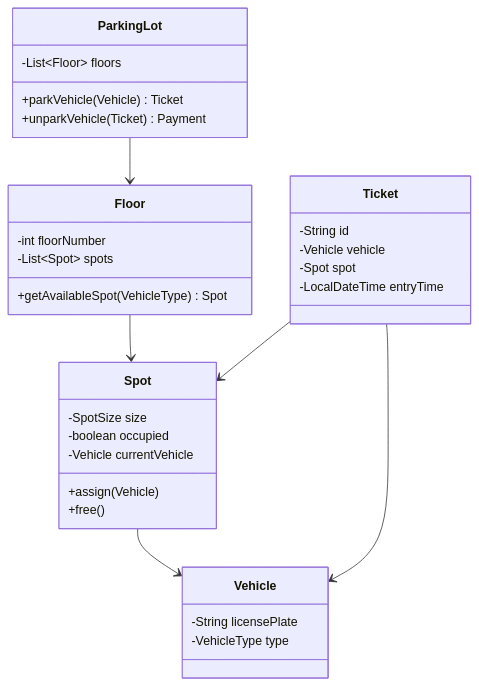
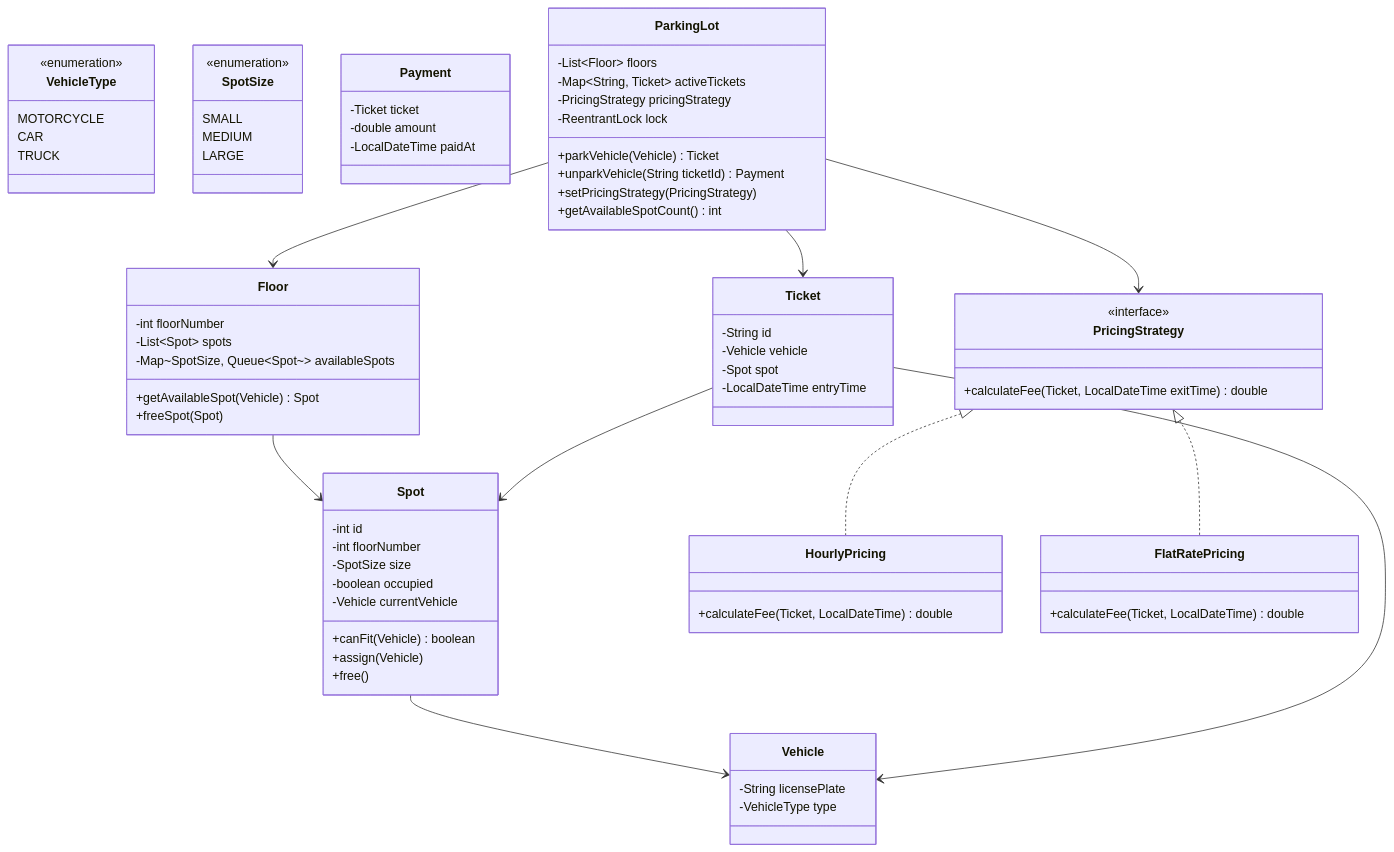
One commit to iluzn/HLD-Designs changed the first of 3 diagrams in content/lld/ParkingLot.md. Above: the diagram before and after it, drawn with Mermaid. The commit also changed other lines of this file, not shown here.

Commit message:
Parking Lot LLD: complete rewrite with full runnable code, Builder, pricing strategies, concurrency

````diff
--- a/content/lld/ParkingLot.md
+++ b/content/lld/ParkingLot.md
@@ -68,28 +51,41 @@
 ```mermaid
 classDiagram
-    class ParkingLot {
-        -List~Floor~ floors
-        +parkVehicle(Vehicle) Ticket
-        +unparkVehicle(Ticket) Payment
+    class VehicleType {
+        <<enumeration>>
+        MOTORCYCLE
+        CAR
+        TRUCK
+    }
+
+    class SpotSize {
+        <<enumeration>>
+        SMALL
+        MEDIUM
+        LARGE
+    }
+
+    class Vehicle {
+        -String licensePlate
+        -VehicleType type
+    }
+
+    class Spot {
+        -int id
+        -int floorNumber
+        -SpotSize size
+        -boolean occupied
+        -Vehicle currentVehicle
+        +canFit(Vehicle) boolean
+        +assign(Vehicle)
+        +free()
     }
 
     class Floor {
         -int floorNumber
         -List~Spot~ spots
-        +getAvailableSpot(VehicleType) Spot
-    }
-
-    class Spot {
-        -SpotSize size
-        -boolean occupied
-        -Vehicle currentVehicle
-        +assign(Vehicle)
-        +free()
-    }
-
-    class Vehicle {
-        -String licensePlate
-        -VehicleType type
+        -Map~SpotSize, Queue~Spot~~ availableSpots
+        +getAvailableSpot(Vehicle) Spot
+        +freeSpot(Spot)
     }
 
     class Ticket {
@@ -99,9 +95,43 @@
         -LocalDateTime entryTime
     }
 
+    class PricingStrategy {
+        <<interface>>
+        +calculateFee(Ticket, LocalDateTime exitTime) double
+    }
+
+    class HourlyPricing {
+        +calculateFee(Ticket, LocalDateTime) double
+    }
+
+    class FlatRatePricing {
+        +calculateFee(Ticket, LocalDateTime) double
+    }
+
+    class Payment {
+        -Ticket ticket
+        -double amount
+        -LocalDateTime paidAt
+    }
+
+    class ParkingLot {
+        -List~Floor~ floors
+        -Map~String, Ticket~ activeTickets
+        -PricingStrategy pricingStrategy
+        -ReentrantLock lock
+        +parkVehicle(Vehicle) Ticket
+        +unparkVehicle(String ticketId) Payment
+        +setPricingStrategy(PricingStrategy)
+        +getAvailableSpotCount() int
+    }
+
     ParkingLot --> Floor
+    ParkingLot --> PricingStrategy
+    ParkingLot --> Ticket
     Floor --> Spot
     Spot --> Vehicle
     Ticket --> Vehicle
     Ticket --> Spot
+    PricingStrategy <|.. HourlyPricing
+    PricingStrategy <|.. FlatRatePricing
 ```
````
